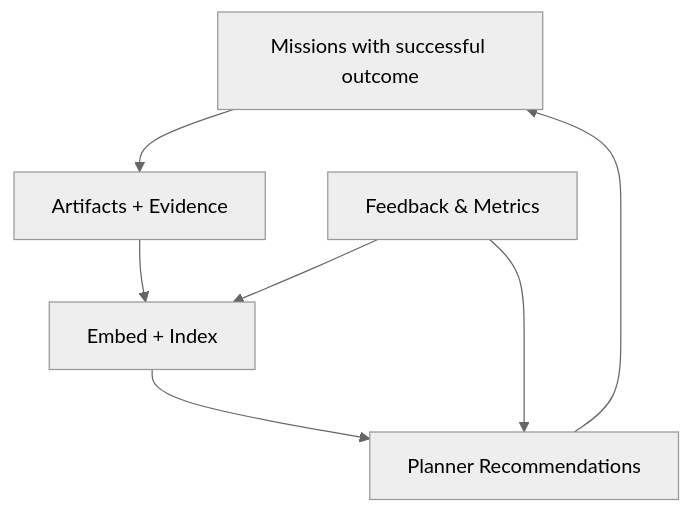
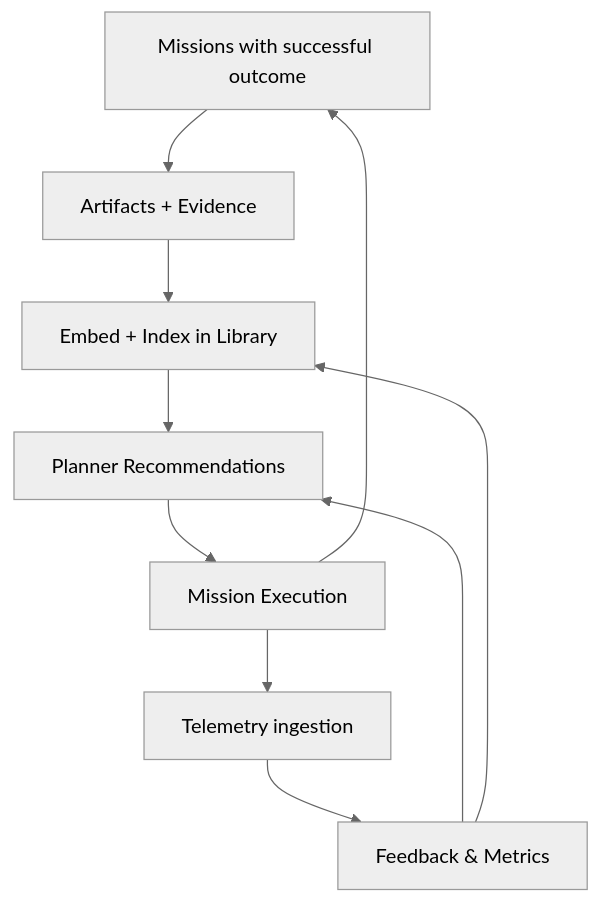
Before and after one commit to maxbaluev/ai_employee_0: the third of 3 diagrams in docs/06_data_intelligence.md, drawn with Mermaid (neutral theme). The commit also changed other lines of this file and 3 other files, not shown here.

````diff
--- a/docs/06_data_intelligence.md
+++ b/docs/06_data_intelligence.md
@@ -166,15 +176,20 @@
 ```mermaid
 flowchart TD
   Success[Missions with successful outcome]
   Artifacts[Artifacts + Evidence]
-  Embeddings[Embed + Index]
+  Embeddings[Embed + Index in Library]
   Recommendations[Planner Recommendations]
+  Execution[Mission Execution]
   Feedback[Feedback & Metrics]
+  Telemetry[Telemetry ingestion]
 
   Success --> Artifacts
   Artifacts --> Embeddings
   Embeddings --> Recommendations
-  Recommendations --> Success
+  Recommendations --> Execution
+  Execution --> Success
+  Execution --> Telemetry
+  Telemetry --> Feedback
   Feedback --> Recommendations
   Feedback --> Embeddings
 ```
````
